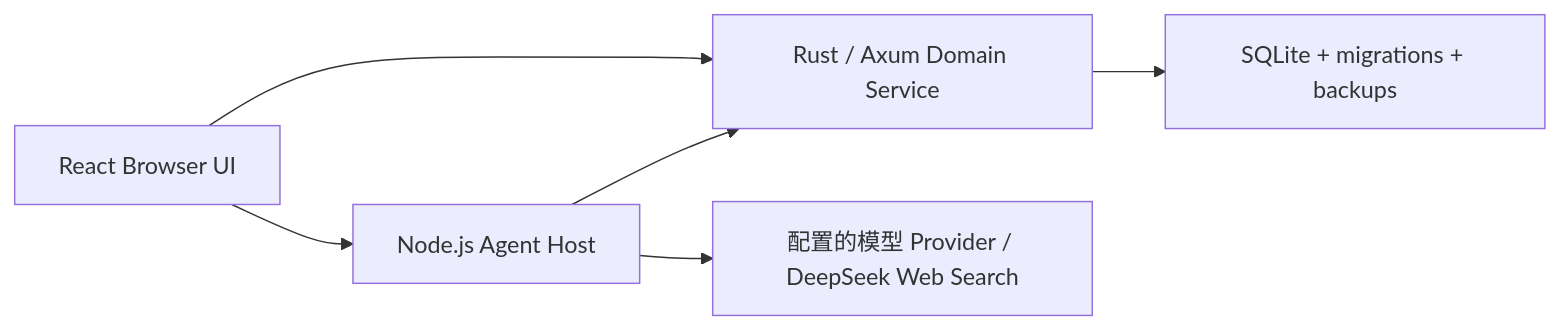
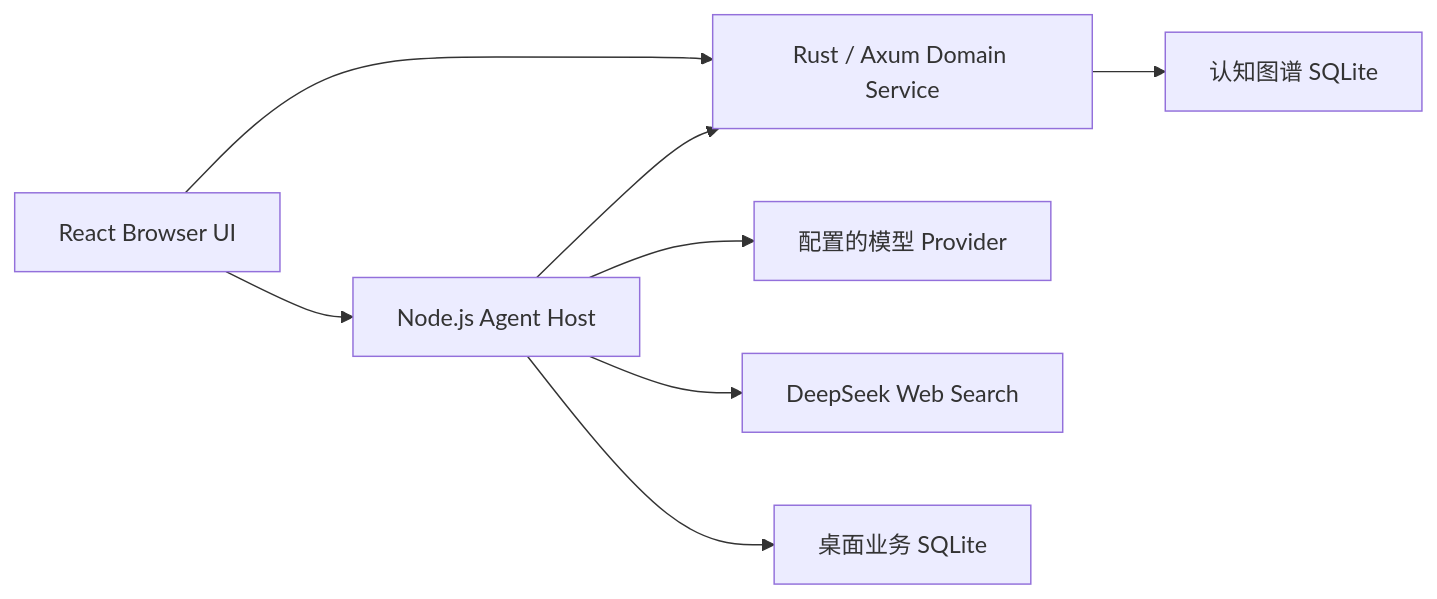
The second of 2 diagrams in README.md (baizhuo-AI/Latitude), drawn with Mermaid before and after one commit. The commit also changed other lines of this file and 3 other files, not shown here.

````diff
--- a/README.md
+++ b/README.md
@@ -114,8 +143,10 @@
 ```mermaid
 flowchart LR
   UI["React Browser UI"] --> HOST["Node.js Agent Host"]
   UI --> DOMAIN["Rust / Axum Domain Service"]
   HOST --> DOMAIN
-  HOST --> MODEL["配置的模型 Provider / DeepSeek Web Search"]
-  DOMAIN --> DB["SQLite + migrations + backups"]
+  HOST --> MODEL["配置的模型 Provider"]
+  HOST --> SEARCH["DeepSeek Web Search"]
+  DOMAIN --> GRAPH["认知图谱 SQLite"]
+  HOST --> DESK["桌面业务 SQLite"]
 ```
````
